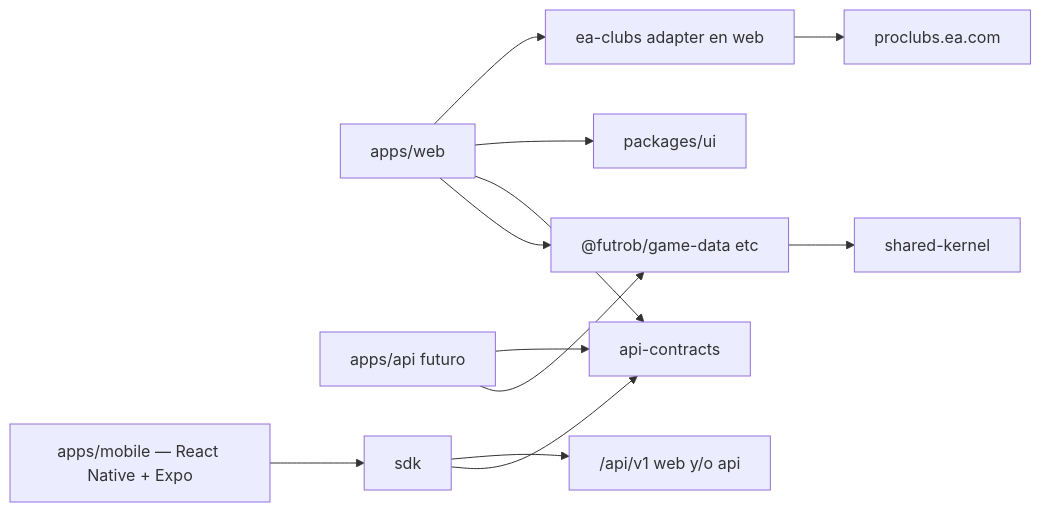
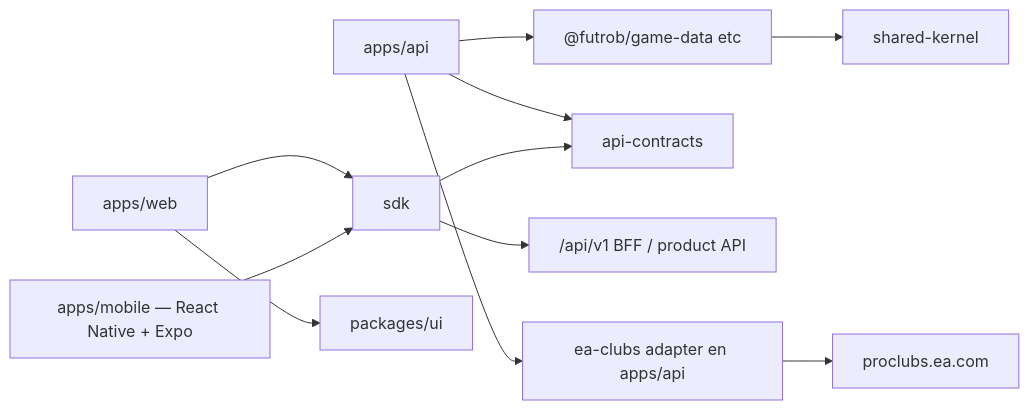
One commit to thedavos/futrob changed the diagram in docs/architecture/packages-and-sdk.md. Above: the diagram before and after it, drawn with Mermaid. The commit also changed other lines of this file and 9 other files, not shown here.

Commit message:
docs(architecture): Align READMEs and ADRs with mobile MVP

````diff
--- a/docs/architecture/packages-and-sdk.md
+++ b/docs/architecture/packages-and-sdk.md
@@ -51,14 +53,13 @@
 ```mermaid
 flowchart LR
-  Web["apps/web"] --> BCs["@futrob/game-data etc"]
-  Api["apps/api futuro"] --> BCs
-  Web --> Contracts["api-contracts"]
-  Api --> Contracts
+  Web["apps/web"] --> SdkTs["sdk"]
+  Api["apps/api"] --> BCs["@futrob/game-data etc"]
+  Api --> Contracts["api-contracts"]
   Web --> UI["packages/ui"]
-  SdkTs["sdk"] --> Contracts
-  SdkTs --> ApiV1["/api/v1 web y/o api"]
+  SdkTs --> Contracts
+  SdkTs --> ApiV1["/api/v1 BFF / product API"]
   Expo["apps/mobile — React Native + Expo"] --> SdkTs
   BCs --> Kernel["shared-kernel"]
-  EaAdapter["ea-clubs adapter en web"] --> EaHttp["proclubs.ea.com"]
-  Web --> EaAdapter
+  EaAdapter["ea-clubs adapter en apps/api"] --> EaHttp["proclubs.ea.com"]
+  Api --> EaAdapter
 ```
````
